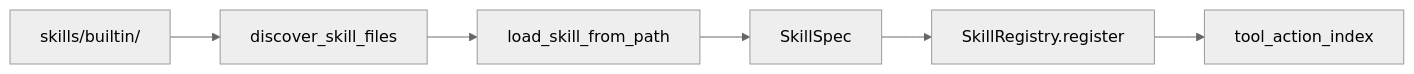
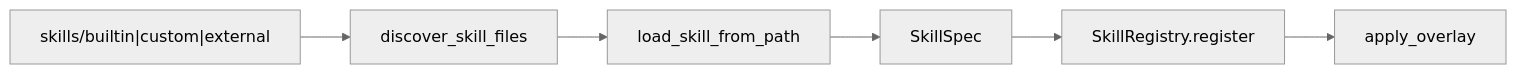
Before and after one commit to iceycn/root-seeker-v2: the first of 2 diagrams in docs/business-logic/04-skill-system.md, drawn with Mermaid (neutral theme). The commit also changed other lines of this file and 10 other files, not shown here.

````diff
--- a/docs/business-logic/04-skill-system.md
+++ b/docs/business-logic/04-skill-system.md
@@ -27,8 +28,8 @@
 ```mermaid
 flowchart LR
-  A["skills/builtin/"] --> B["discover_skill_files"]
+  A["skills/builtin|custom|external"] --> B["discover_skill_files"]
   B --> C["load_skill_from_path"]
   C --> D["SkillSpec"]
   D --> E["SkillRegistry.register"]
-  E --> F["tool_action_index"]
+  E --> F["apply_overlay"]
 ```
````
